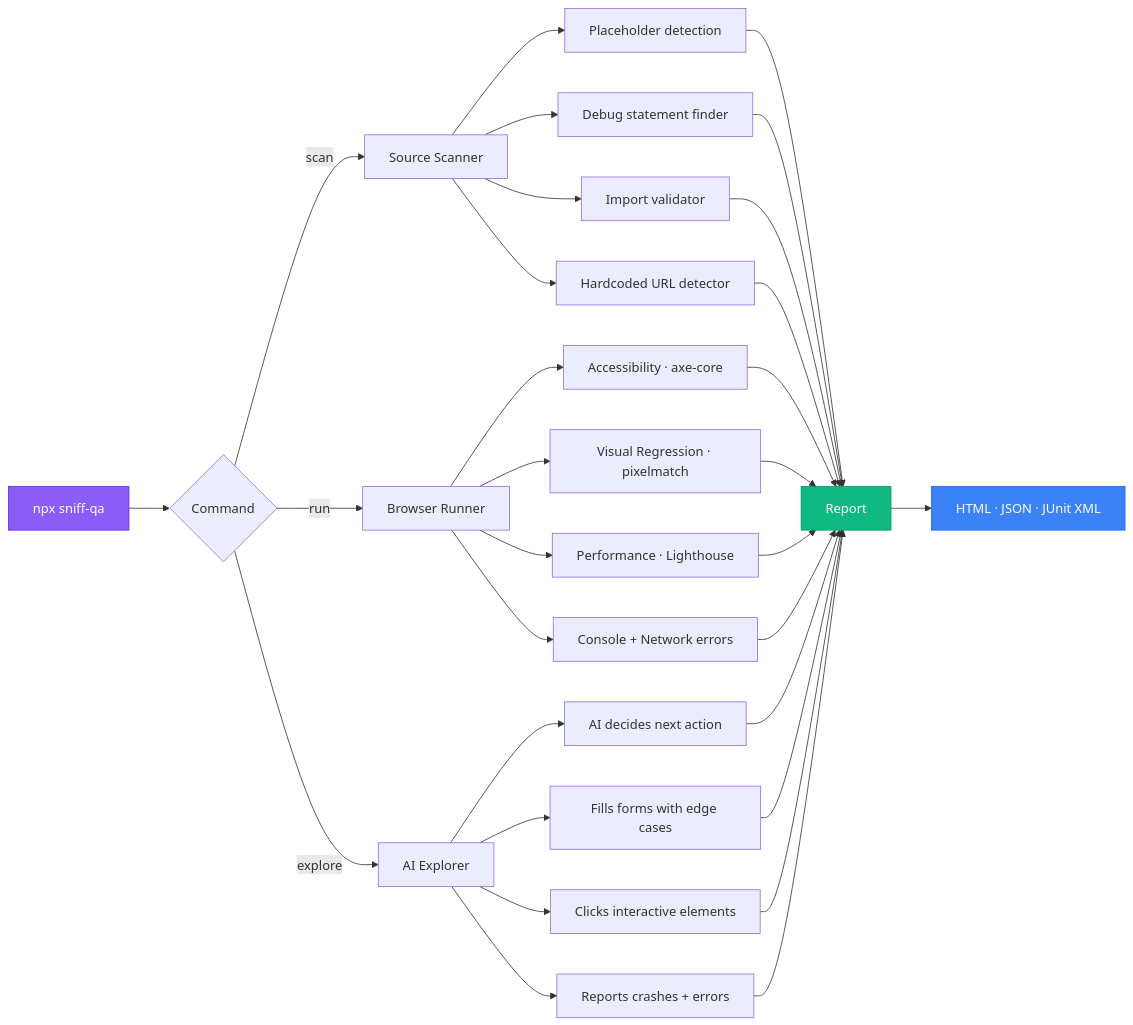
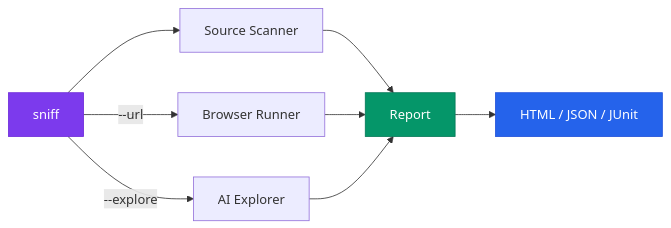
Before and after one commit to Aboudjem/sniff: the diagram in README.md, drawn with Mermaid. The commit also changed other lines of this file and 4 other files, not shown here.

First line of the commit message:
refactor: merge scan/run/explore into single default command

````diff
--- a/README.md
+++ b/README.md
@@ -243,32 +153,16 @@
 ```mermaid
-graph LR
-    A["npx sniff-qa"] --> B{Command}
-    B -->|scan| C["Source Scanner"]
-    B -->|run| D["Browser Runner"]
-    B -->|explore| E["AI Explorer"]
+flowchart LR
+    A["sniff"] --> S["Source Scanner"]
+    A -->|"--url"| B["Browser Runner"]
+    A -->|"--explore"| E["AI Explorer"]
 
-    C --> C1["Placeholder detection"]
-    C --> C2["Debug statement finder"]
-    C --> C3["Import validator"]
-    C --> C4["Hardcoded URL detector"]
+    S --> R["Report"]
+    B --> R
+    E --> R
 
-    D --> D1["Accessibility · axe-core"]
-    D --> D2["Visual Regression · pixelmatch"]
-    D --> D3["Performance · Lighthouse"]
-    D --> D4["Console + Network errors"]
+    R --> O["HTML / JSON / JUnit"]
 
-    E --> E1["AI decides next action"]
-    E --> E2["Fills forms with edge cases"]
-    E --> E3["Clicks interactive elements"]
-    E --> E4["Reports crashes + errors"]
-
-    C1 & C2 & C3 & C4 --> F["Report"]
-    D1 & D2 & D3 & D4 --> F
-    E1 & E2 & E3 & E4 --> F
-
-    F --> G["HTML · JSON · JUnit XML"]
-
-    style A fill:#8B5CF6,stroke:#6D28D9,color:#fff
-    style F fill:#10B981,stroke:#059669,color:#fff
-    style G fill:#3B82F6,stroke:#2563EB,color:#fff
+    style A fill:#7c3aed,color:#fff,stroke:#6d28d9
+    style R fill:#059669,color:#fff,stroke:#047857
+    style O fill:#2563eb,color:#fff,stroke:#1d4ed8
 ```
````
